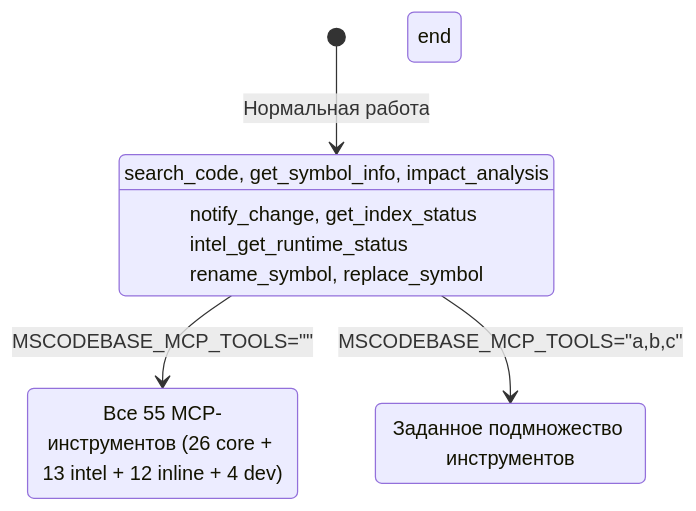
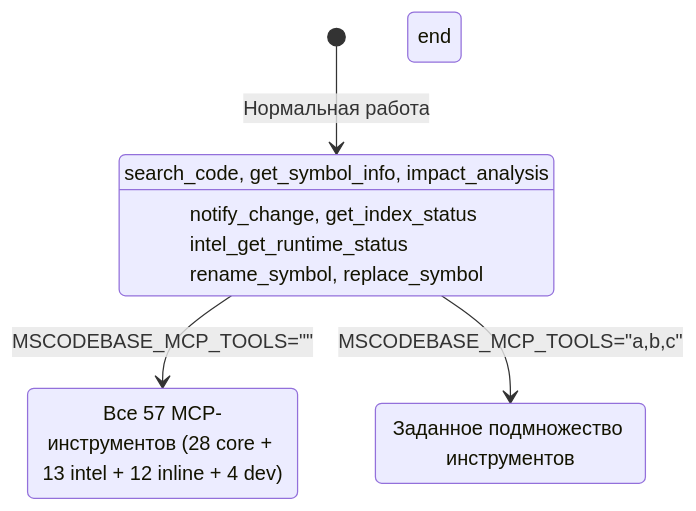
Before and after one commit to ManSio/mscodebase-intelligence: the third of 4 diagrams in docs/ru/GRACEFUL_DEGRADATION.md, drawn with Mermaid. The commit also changed 58 other files, not shown here.

````diff
--- a/docs/ru/GRACEFUL_DEGRADATION.md
+++ b/docs/ru/GRACEFUL_DEGRADATION.md
@@ -84,22 +84,22 @@
 ```mermaid
 stateDiagram-v2
     [*] --> DEFAULT_TOOLS: Нормальная работа
 
     state DEFAULT_TOOLS[Видимо: 12 инструментов]
         DEFAULT_TOOLS: search_code, get_symbol_info, impact_analysis
         DEFAULT_TOOLS: notify_change, get_index_status
         DEFAULT_TOOLS: intel_get_runtime_status
         DEFAULT_TOOLS: rename_symbol, replace_symbol
     end
 
     DEFAULT_TOOLS --> ALL_TOOLS: MSCODEBASE_MCP_TOOLS=""
     DEFAULT_TOOLS --> CUSTOM_TOOLS: MSCODEBASE_MCP_TOOLS="a,b,c"
 
-    state ALL_TOOLS[Видимо: 55 инструментов]
-        ALL_TOOLS: Все 55 MCP-инструментов (26 core + 13 intel + 12 inline + 4 dev)
+    state ALL_TOOLS[Видимо: 57 инструментов]
+        ALL_TOOLS: Все 57 MCP-инструментов (28 core + 13 intel + 12 inline + 4 dev)
     end
 
     state CUSTOM_TOOLS[Пользовательский выбор]
         CUSTOM_TOOLS: Заданное подмножество инструментов
     end
 ```
````
